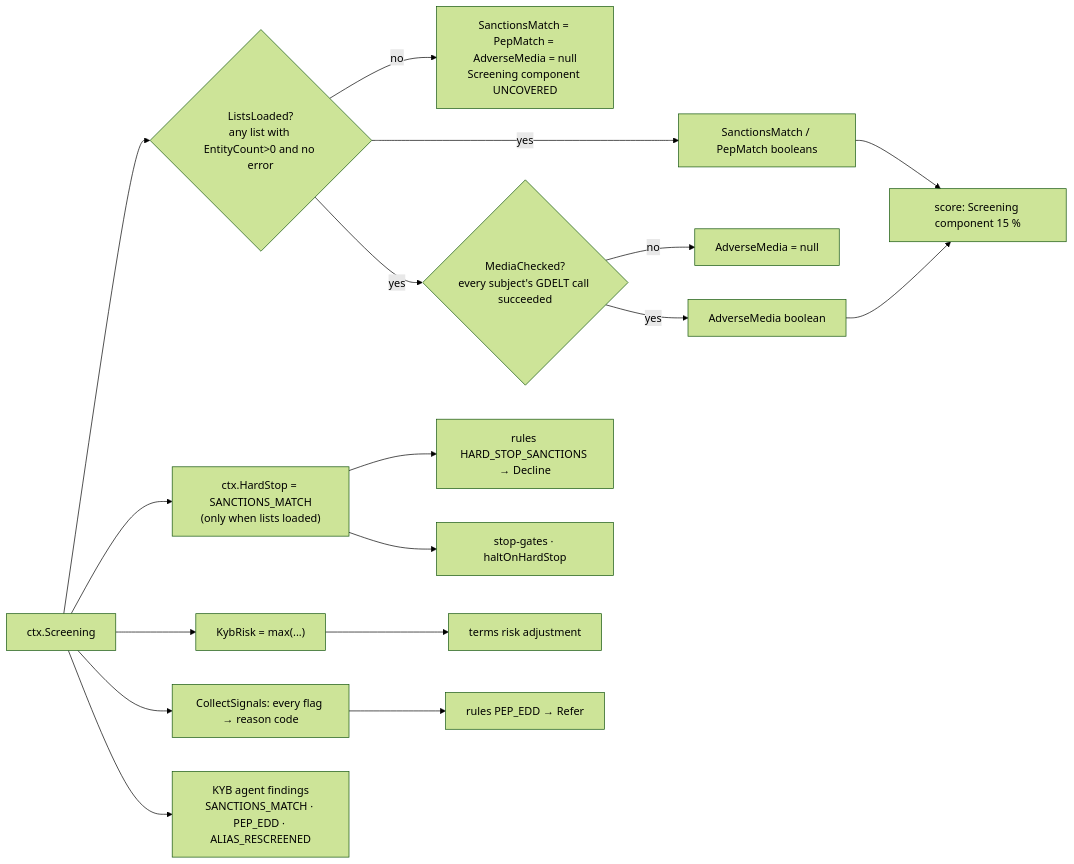
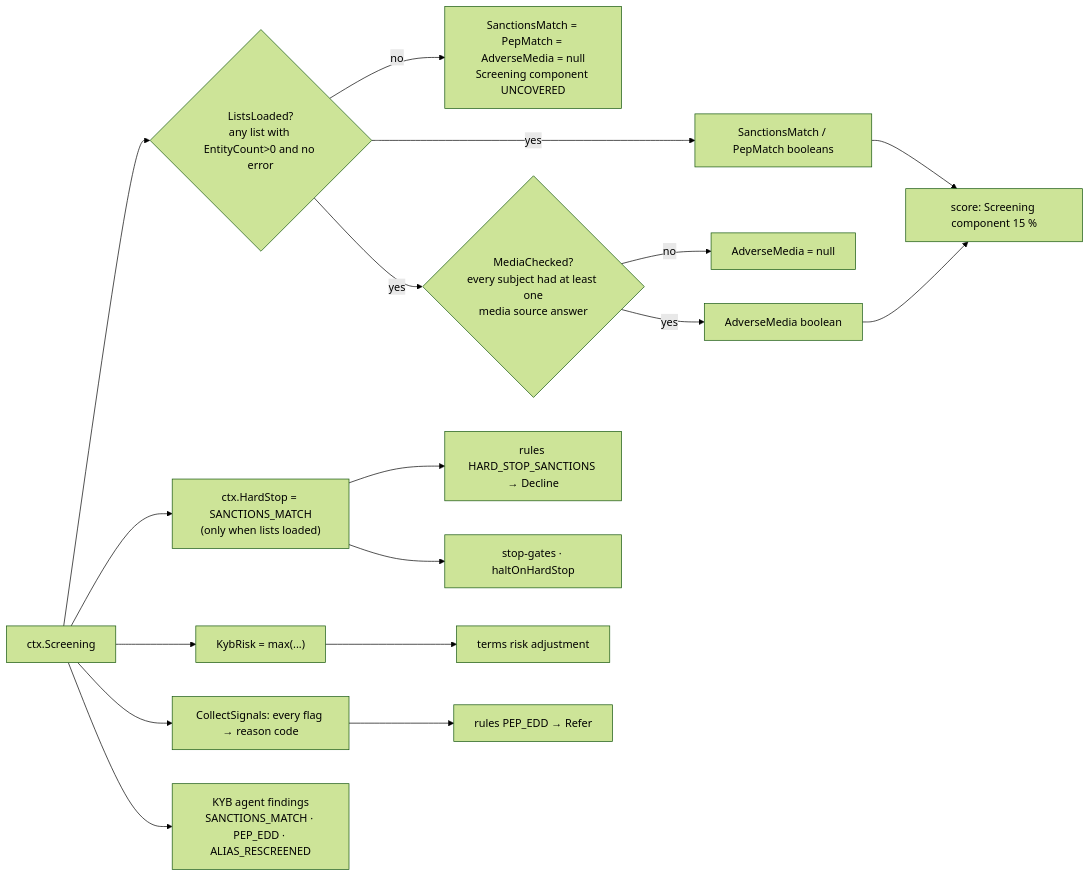
Before and after one commit to NitinRawat26/MerchantIntelligence: the second of 2 diagrams in docs/steps/screening.md, drawn with Mermaid (forest theme). The commit also changed other lines of this file, not shown here.

Commit message:
Document the full adverse-media risk lexicon, query construction and evidence surfaces in the screening step page

````diff
--- a/docs/steps/screening.md
+++ b/docs/steps/screening.md
@@ -150,17 +180,17 @@
 ```mermaid
 flowchart LR
     S[ctx.Screening] --> LL{ListsLoaded?<br/>any list with EntityCount>0 and no error}
     LL -- no --> N["SanctionsMatch = PepMatch = AdverseMedia = null<br/>Screening component UNCOVERED"]
     LL -- yes --> SM[SanctionsMatch / PepMatch booleans]
-    LL -- yes --> MC{MediaChecked?<br/>every subject's GDELT call succeeded}
+    LL -- yes --> MC{MediaChecked?<br/>every subject had at least one<br/>media source answer}
     MC -- no --> AN[AdverseMedia = null]
     MC -- yes --> AM[AdverseMedia boolean]
     SM & AM --> SC[score: Screening component 15 %]
     S --> HS["ctx.HardStop = SANCTIONS_MATCH<br/>(only when lists loaded)"]
     HS --> R1[rules HARD_STOP_SANCTIONS → Decline]
     HS --> SG[stop-gates · haltOnHardStop]
     S --> KR["KybRisk = max(...)" ] --> T[terms risk adjustment]
     S --> SIG[CollectSignals: every flag → reason code]
     SIG --> R2[rules PEP_EDD → Refer]
     S --> AG[KYB agent findings<br/>SANCTIONS_MATCH · PEP_EDD · ALIAS_RESCREENED]
 ```
````
